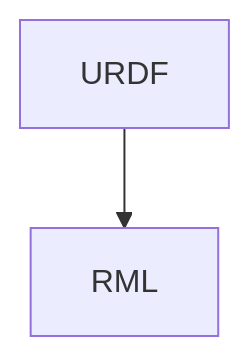
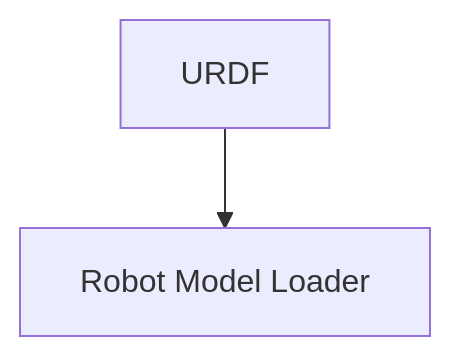
One commit to rafaelrojasmiliani/moveit_tutorial changed the diagram in 01_robot_model_and_kinematics/readme.md. Above: the diagram before and after it, drawn with Mermaid.

````diff
--- a/01_robot_model_and_kinematics/readme.md
+++ b/01_robot_model_and_kinematics/readme.md
@@ -24,4 +24,4 @@
 ```mermaid
 graph TD;
-    URDF --> RML;
+    URDF --> RML[Robot Model Loader];
 ```
````
